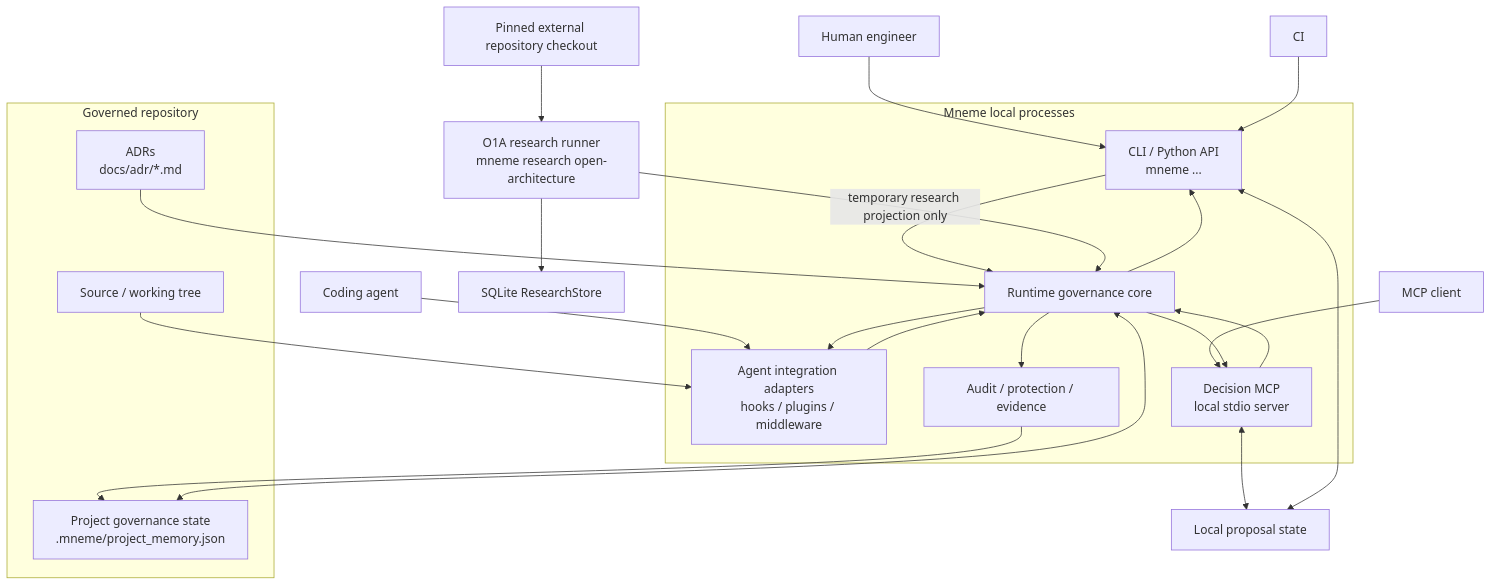
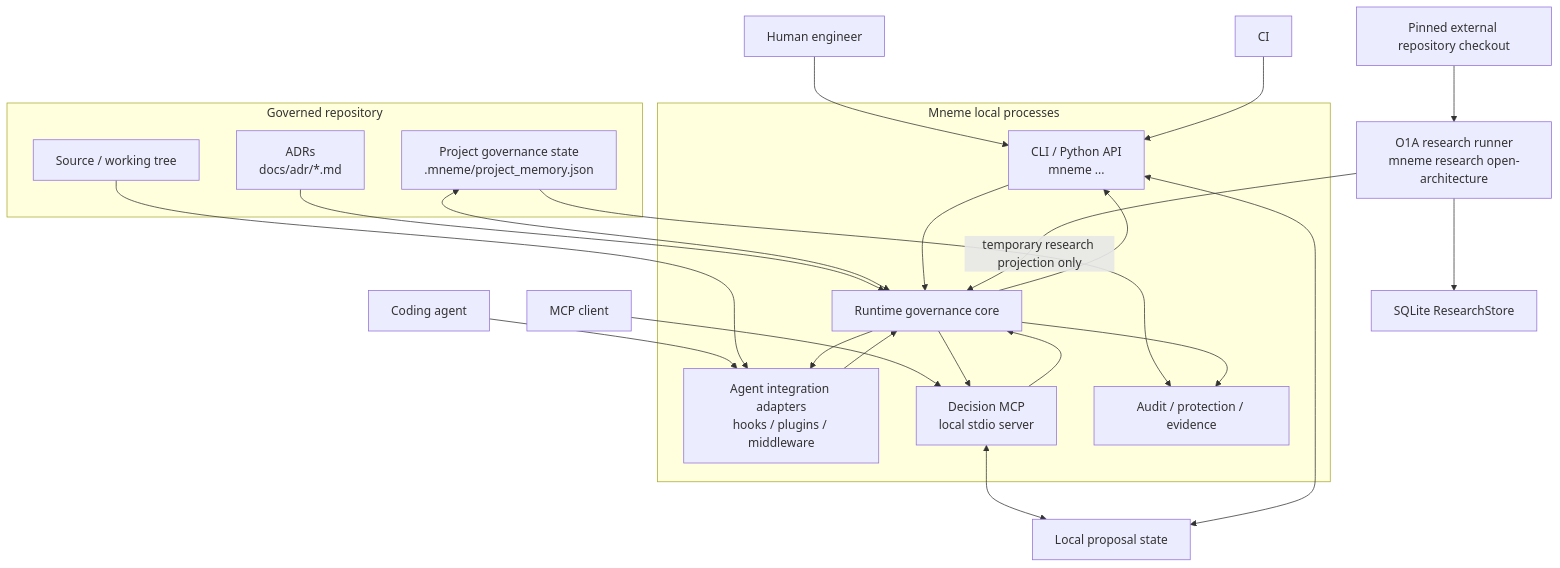
One commit to MnemeHQ/mneme changed the second of 4 diagrams in docs/architecture/README.md. Above: the diagram before and after it, drawn with Mermaid. The commit also changed other lines of this file, not shown here.

Commit message:
docs: correct architecture data-flow direction

````diff
--- a/docs/architecture/README.md
+++ b/docs/architecture/README.md
@@ -150,50 +150,50 @@
 ```mermaid
 flowchart TB
     Human["Human engineer"]
     Agent["Coding agent"]
     Client["MCP client"]
     CI["CI"]
 
     subgraph Repo["Governed repository"]
         ADRs["ADRs<br/>docs/adr/*.md"]
         Memory["Project governance state<br/>.mneme/project_memory.json"]
         Code["Source / working tree"]
     end
 
     subgraph Mneme["Mneme local processes"]
         CLI["CLI / Python API<br/>mneme ..."]
         Hooks["Agent integration adapters<br/>hooks / plugins / middleware"]
         MCP["Decision MCP<br/>local stdio server"]
         Core["Runtime governance core"]
         Audit["Audit / protection / evidence"]
     end
 
     Proposals["Local proposal state"]
     Research["O1A research runner<br/>mneme research open-architecture"]
     ResearchDB["SQLite ResearchStore"]
     ExternalRepo["Pinned external repository checkout"]
 
     Human --> CLI
     Agent --> Hooks
     Client --> MCP
     CI --> CLI
 
     ADRs --> Core
     Memory <--> Core
     Code --> Hooks
     Hooks --> Core
     CLI --> Core
     MCP --> Core
     MCP <--> Proposals
     CLI <--> Proposals
 
+    Memory --> Audit
     Core --> Audit
-    Audit --> Memory
     Core --> Hooks
     Core --> CLI
     Core --> MCP
 
     ExternalRepo --> Research
     Research -->|"temporary research projection only"| Core
     Research --> ResearchDB
 ```
````
